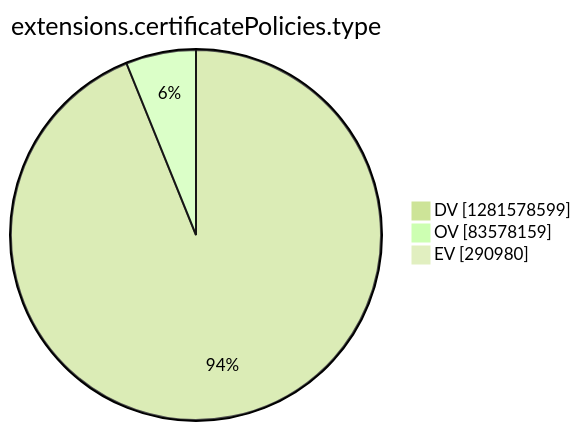
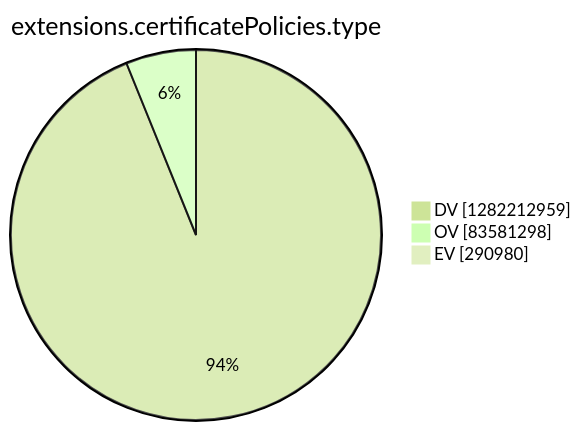
One commit to christiankrug/ctmonitor_visualization changed the tenth of 15 diagrams in argon2022/README.md. Above: the diagram before and after it, drawn with Mermaid (forest theme). The commit also changed other lines of this file, not shown here.

````diff
--- a/argon2022/README.md
+++ b/argon2022/README.md
@@ -2771,7 +2771,7 @@
 ```mermaid
 pie showData
 title extensions.certificatePolicies.type
-"DV" :1281578599
-"OV" :83578159
+"DV" :1282212959
+"OV" :83581298
 "EV" :290980
 ```
````
